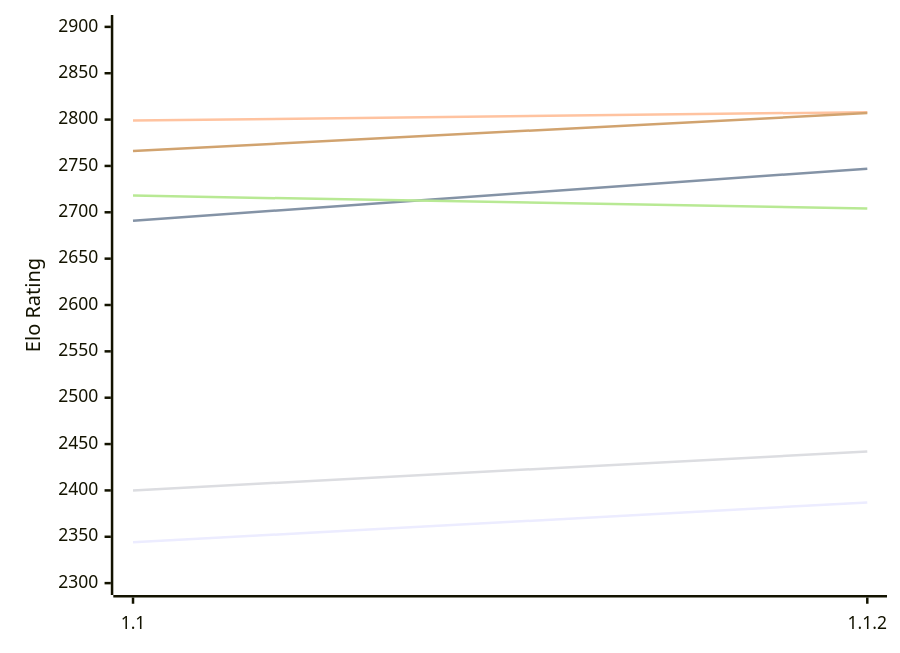
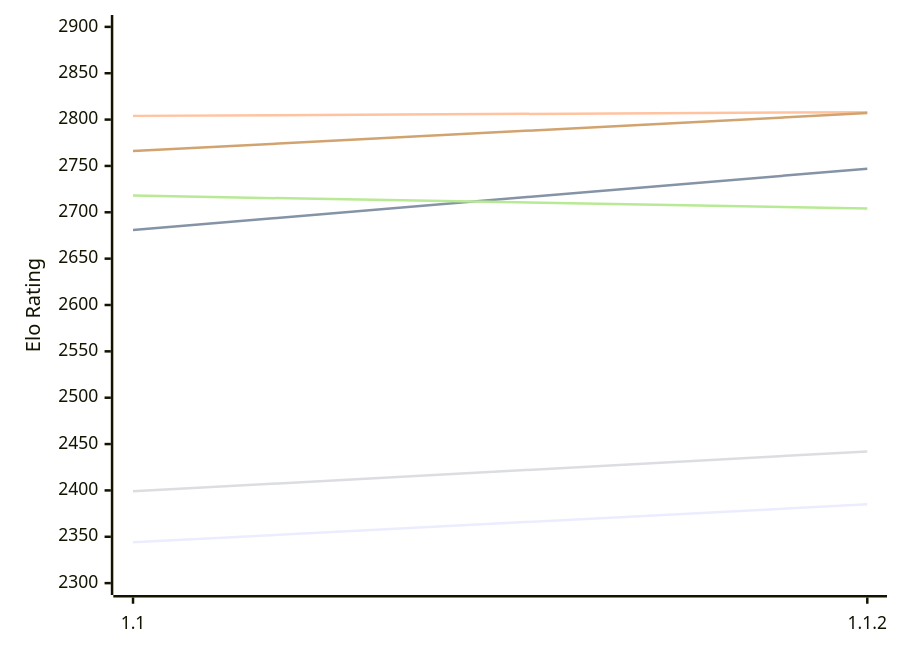
One commit to computer-chess-index/cci changed the first of 2 diagrams in engines/Casanchess.md. Above: the diagram before and after it, drawn with Mermaid. The commit also changed other lines of this file, not shown here.

Commit message:
Update CCI Ratings (ELO VLTC) - 2026-11-27

````diff
--- a/engines/Casanchess.md
+++ b/engines/Casanchess.md
@@ -51,12 +51,12 @@
 ```mermaid
 %%{init: {"theme":"base","themeVariables":{"seriesColors:['#a3a3a3','#222221','#faa371']}}}%%
 xychart-beta
   x-axis ["1.1", "1.1.2"]
   y-axis "Elo Rating" 2300 --> 2900
-  line "E1: STC (8.0+0.08s)" [2344, 2387]
-  line "E1: LTC (60.0+0.60s)" [2691, 2747]
-  line "E1: VLTC (2m24s+1.12s)" [2799, 2808]
-  line "P1: STC (8.0+0.08s)" [2400, 2442]
+  line "E1: STC (8.0+0.08s)" [2344, 2385]
+  line "E1: LTC (60.0+0.60s)" [2681, 2747]
+  line "E1: VLTC (2m24s+1.12s)" [2804, 2808]
+  line "P1: STC (8.0+0.08s)" [2399, 2442]
   line "P1: LTC (60.0+0.60s)" [2718, 2704]
   line "P1: VLTC (2m24s+1.12s)" [2766, 2807]
 ```
````
